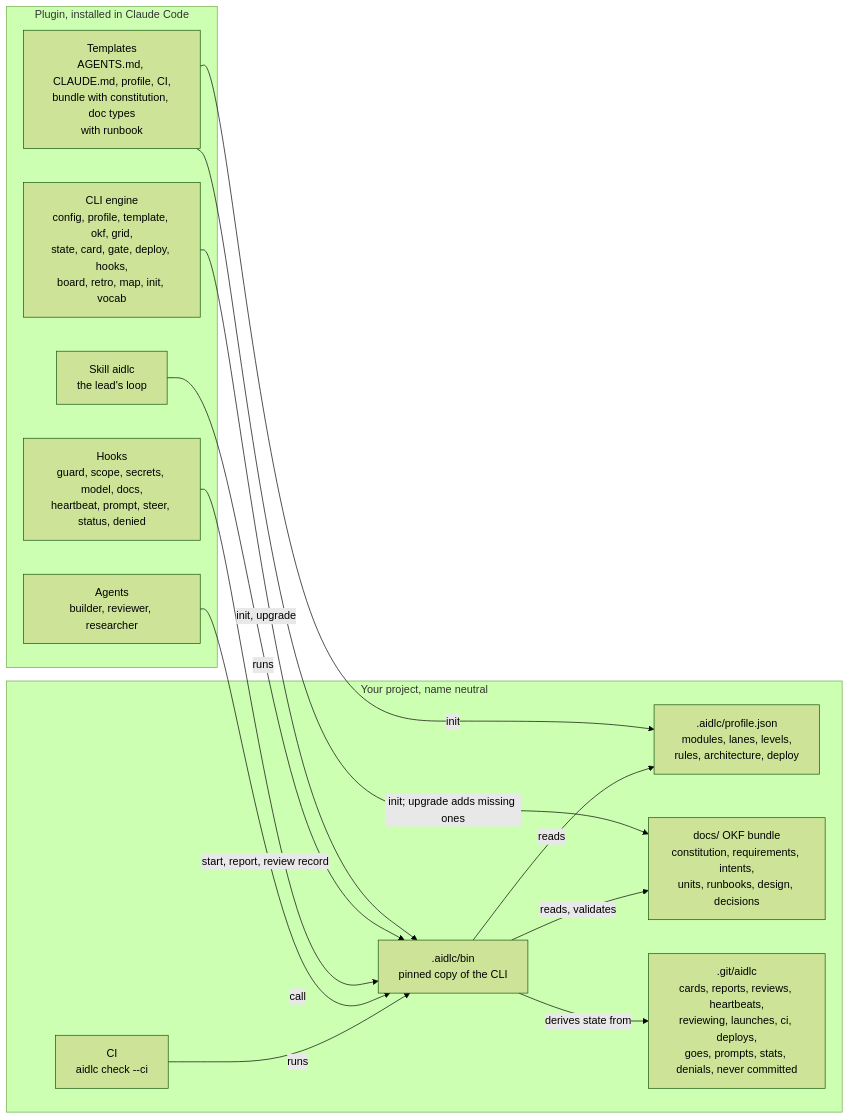
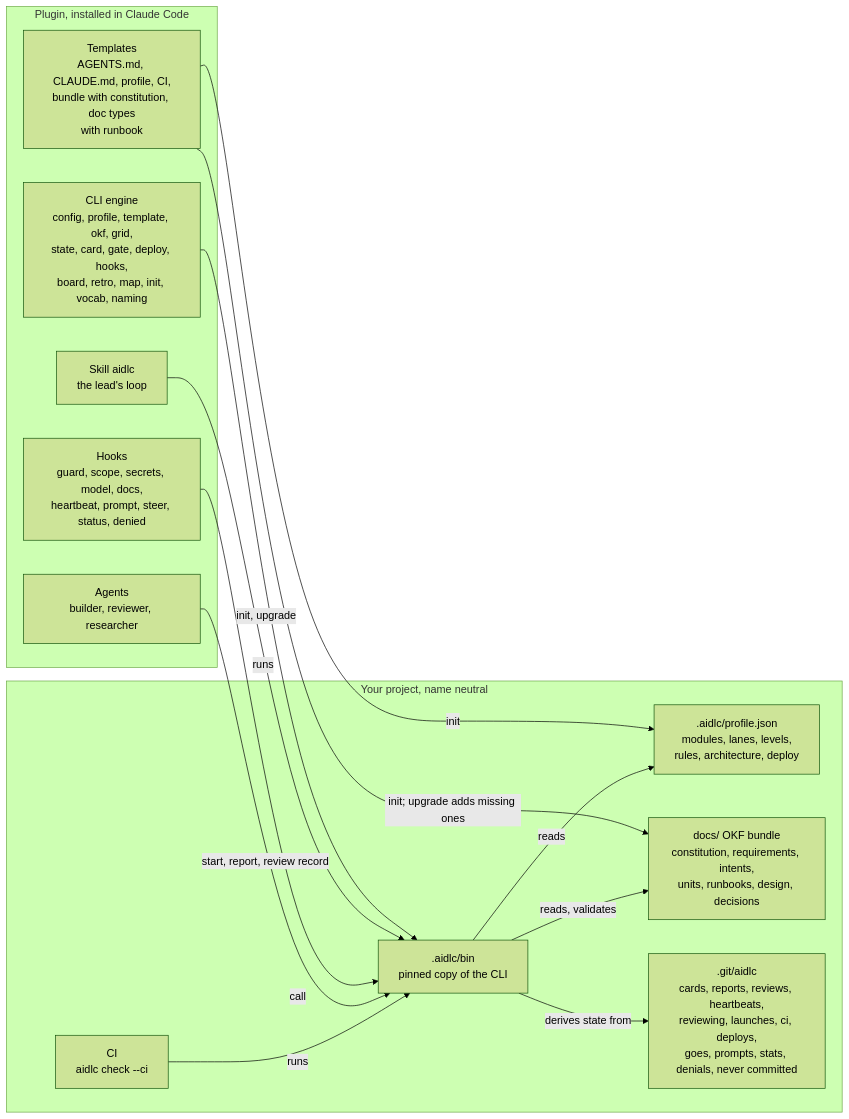
Before and after one commit to Scrollout/aidlc-team-plugin: the second of 2 diagrams in README.md, drawn with Mermaid (forest theme). The commit also changed 10 other files, not shown here.

````diff
--- a/README.md
+++ b/README.md
@@ -77,29 +77,29 @@
 ```mermaid
 flowchart LR
   subgraph plugin["Plugin, installed in Claude Code"]
     skill["Skill aidlc<br/>the lead's loop"]
     agents["Agents<br/>builder, reviewer, researcher"]
     hooks["Hooks<br/>guard, scope, secrets, model, docs,<br/>heartbeat, prompt, steer, status, denied"]
-    cli["CLI engine<br/>config, profile, template, okf, grid,<br/>state, card, gate, deploy, hooks,<br/>board, retro, map, init, vocab"]
+    cli["CLI engine<br/>config, profile, template, okf, grid,<br/>state, card, gate, deploy, hooks,<br/>board, retro, map, init, vocab, naming"]
     templates["Templates<br/>AGENTS.md, CLAUDE.md, profile, CI,<br/>bundle with constitution, doc types<br/>with runbook"]
   end
 
   subgraph project["Your project, name neutral"]
     profile[".aidlc/profile.json<br/>modules, lanes, levels,<br/>rules, architecture, deploy"]
     bin[".aidlc/bin<br/>pinned copy of the CLI"]
     docs["docs/ OKF bundle<br/>constitution, requirements, intents,<br/>units, runbooks, design, decisions"]
     runtime[".git/aidlc<br/>cards, reports, reviews, heartbeats,<br/>reviewing, launches, ci, deploys,<br/>goes, prompts, stats, denials, never committed"]
     ci["CI<br/>aidlc check --ci"]
   end
 
   templates -- "init" --> profile
   templates -- "init; upgrade adds missing ones" --> docs
   cli -- "init, upgrade" --> bin
   skill -- "runs" --> bin
   hooks -- "call" --> bin
   agents -- "start, report, review record" --> bin
   ci -- "runs" --> bin
   bin -- "reads, validates" --> docs
   bin -- "reads" --> profile
   bin -- "derives state from" --> runtime
 ```
````
